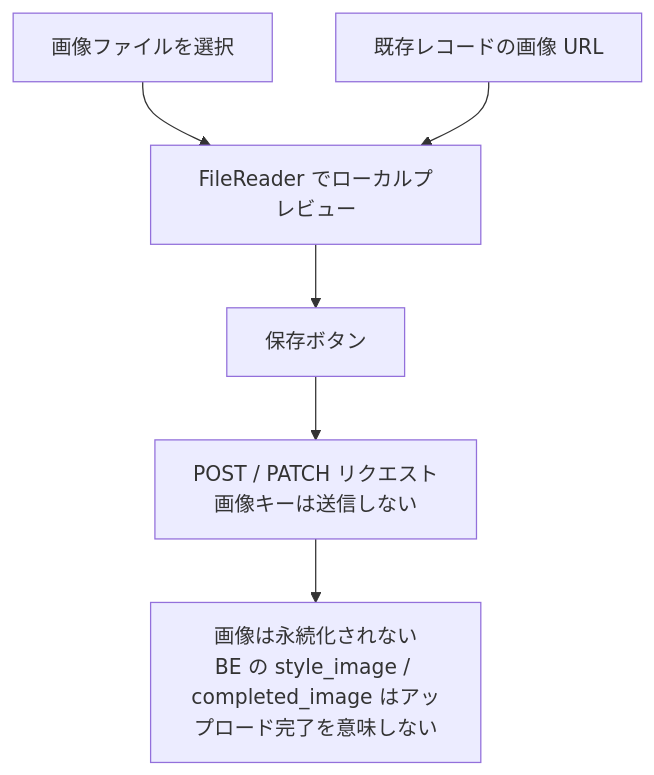
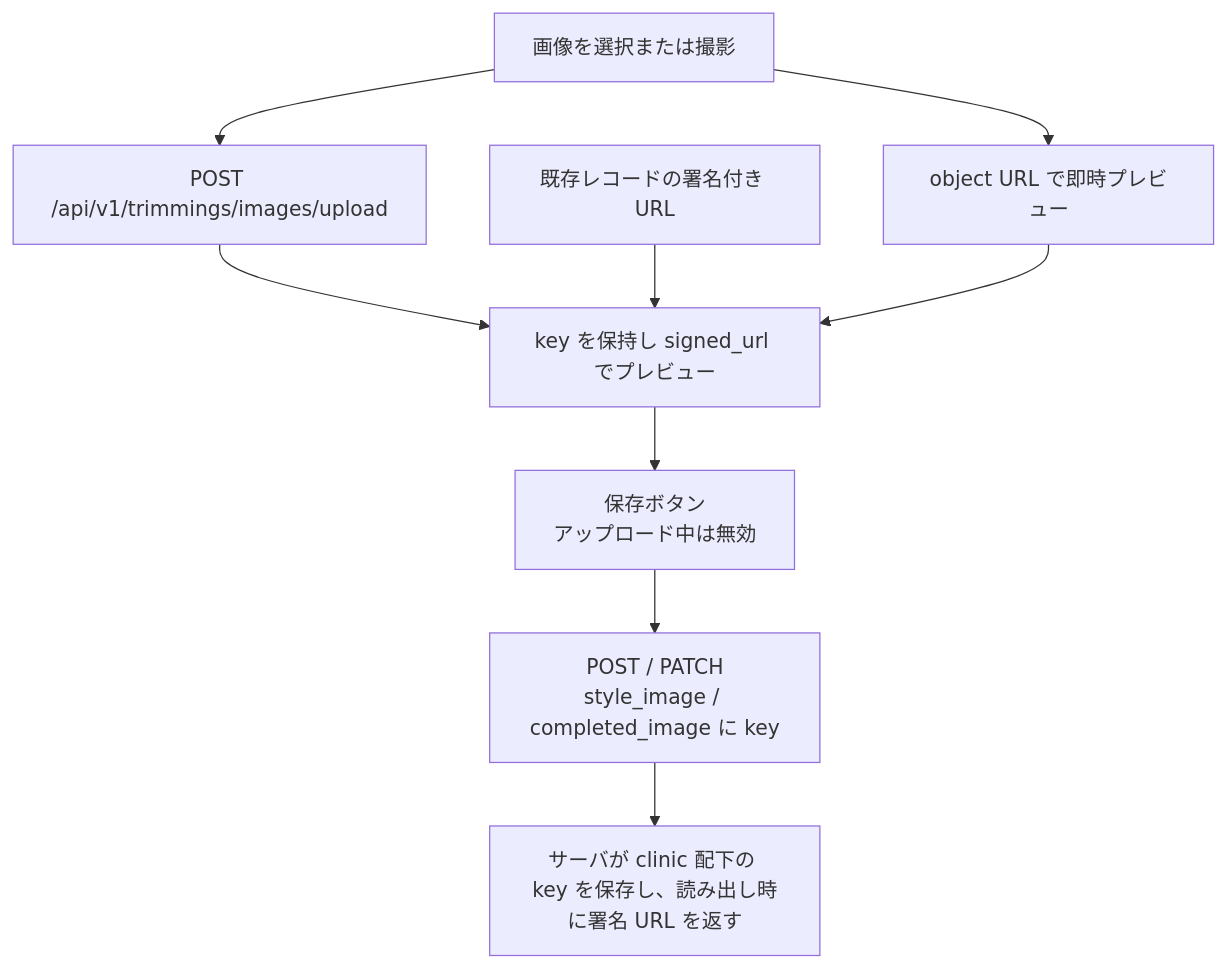
The diagram in docs/spec/screens/17-trimming-form.md (MinoruSoga/AnimalEkarte), drawn with Mermaid before and after one commit. The commit also changed other lines of this file and 52 other files, not shown here.

````diff
--- a/docs/spec/screens/17-trimming-form.md
+++ b/docs/spec/screens/17-trimming-form.md
@@ -36,8 +38,11 @@
 ```mermaid
 flowchart TB
-    A["画像ファイルを選択"] --> B["FileReader でローカルプレビュー"]
-    E0["既存レコードの画像 URL"] --> B
-    B --> C["保存ボタン"]
-    C --> D["POST / PATCH リクエスト<br/>画像キーは送信しない"]
-    D --> E["画像は永続化されない<br/>BE の style_image / completed_image はアップロード完了を意味しない"]
+    A["画像を選択または撮影"] --> P["object URL で即時プレビュー"]
+    A --> U["POST /api/v1/trimmings/images/upload"]
+    U --> B["key を保持し signed_url でプレビュー"]
+    E0["既存レコードの署名付き URL"] --> B
+    P --> B
+    B --> C["保存ボタン<br/>アップロード中は無効"]
+    C --> D["POST / PATCH<br/>style_image / completed_image に key"]
+    D --> E["サーバが clinic 配下の key を保存し、読み出し時に署名 URL を返す"]
 ```
````
